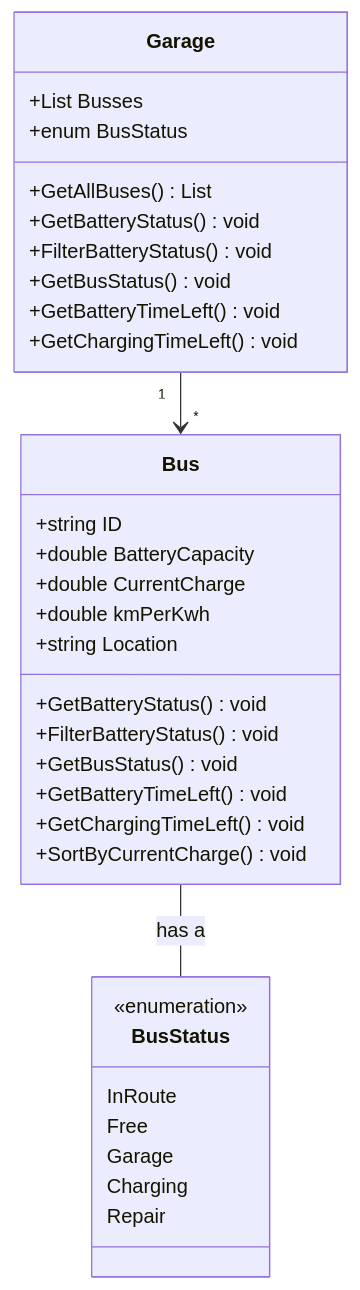
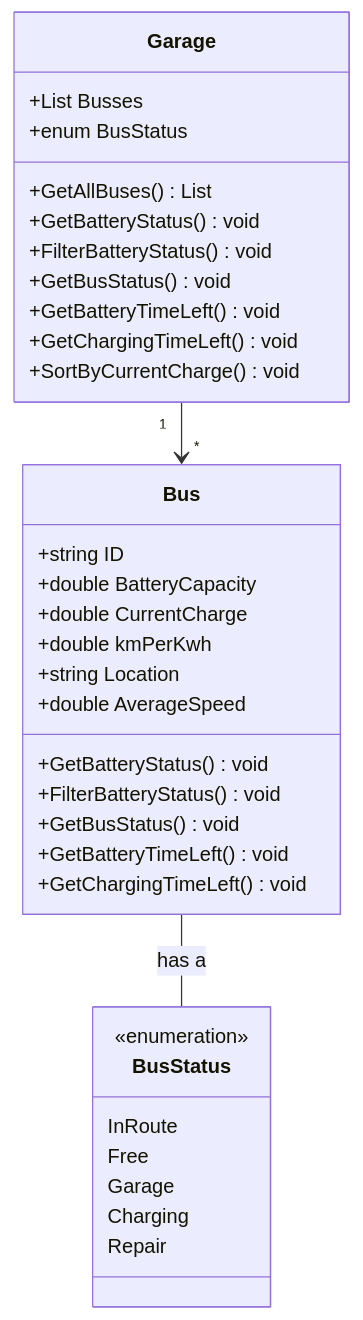
One commit to Team-14-pa-UCL/Getting-Real2 changed the diagram in Dokumentation/Iteration 1/Use Case 2/DCD.mmd. Above: the diagram before and after it, drawn with Mermaid. The commit also changed 1 other file, not shown here.

Commit message:
added property Average Speed Bus Class DCD added methods to garage class application added properties Bus class

```diff
--- a/Dokumentation/Iteration 1/Use Case 2/DCD.mmd
+++ b/Dokumentation/Iteration 1/Use Case 2/DCD.mmd
@@ -1,37 +1,39 @@
 classDiagram
     class Bus {
         +string ID
         +double BatteryCapacity
         +double CurrentCharge
         +double kmPerKwh
         +string Location
+        +double AverageSpeed
         +GetBatteryStatus() void
         +FilterBatteryStatus() void
         +GetBusStatus() void
         +GetBatteryTimeLeft() void
         +GetChargingTimeLeft() void
-        +SortByCurrentCharge() void
+
     }
 
     class Garage {
         +List<Bus> Busses
         +enum BusStatus
         +GetAllBuses() List<Bus>
         +GetBatteryStatus() void
         +FilterBatteryStatus() void
         +GetBusStatus() void
         +GetBatteryTimeLeft() void
         +GetChargingTimeLeft() void
+        +SortByCurrentCharge() void
     }
 
     class BusStatus{
         <<enumeration>>
         InRoute
         Free
         Garage
         Charging
         Repair
     }
     
     Garage "1" --> "*" Bus
     Bus -- BusStatus : has a
```
